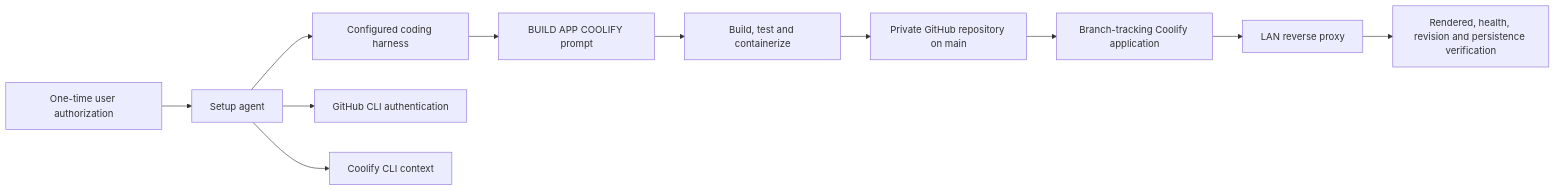
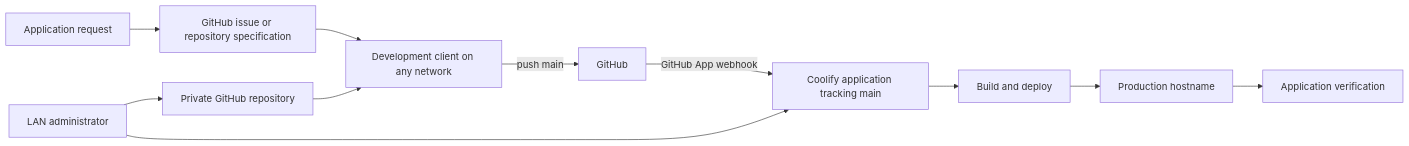
The diagram in README.md (wzha0190/portable-app-builder-coolify), drawn with Mermaid before and after one commit. The commit also changed other lines of this file and 10 other files, not shown here.

Commit message:
Adopt standard GitHub App auto-deploy workflow

````diff
--- a/README.md
+++ b/README.md
@@ -52,13 +25,13 @@
 ```mermaid
 flowchart LR
-    U[One-time user authorization] --> S[Setup agent]
-    S --> H[Configured coding harness]
-    S --> GH[GitHub CLI authentication]
-    S --> C[Coolify CLI context]
-    H --> P[BUILD APP COOLIFY prompt]
-    P --> B[Build, test and containerize]
-    B --> R[Private GitHub repository on main]
-    R --> A[Branch-tracking Coolify application]
-    A --> D[LAN reverse proxy]
-    D --> V[Rendered, health, revision and persistence verification]
+    O[Application request] --> I[GitHub issue or repository specification]
+    A[LAN administrator] --> R[Private GitHub repository]
+    A --> C[Coolify application tracking main]
+    I --> D[Development client on any network]
+    R --> D
+    D -->|push main| G[GitHub]
+    G -->|GitHub App webhook| C
+    C --> B[Build and deploy]
+    B --> P[Production hostname]
+    P --> V[Application verification]
 ```
````
